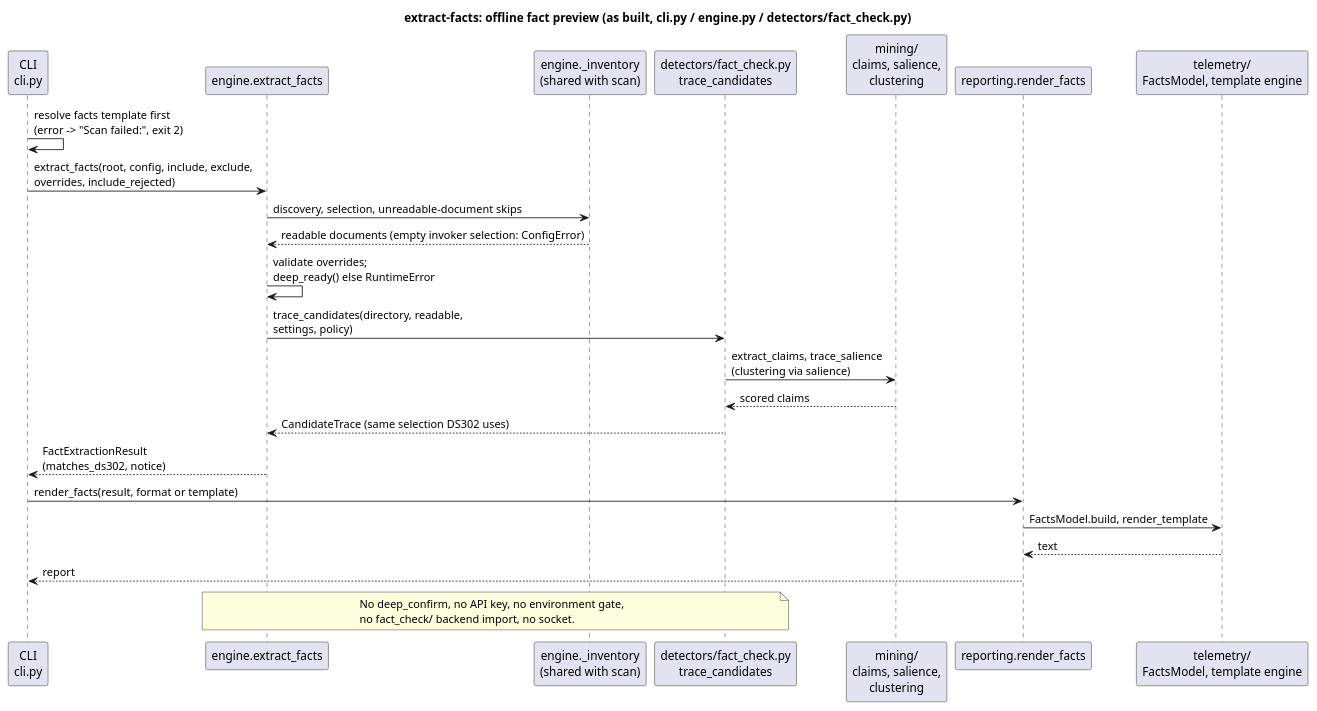
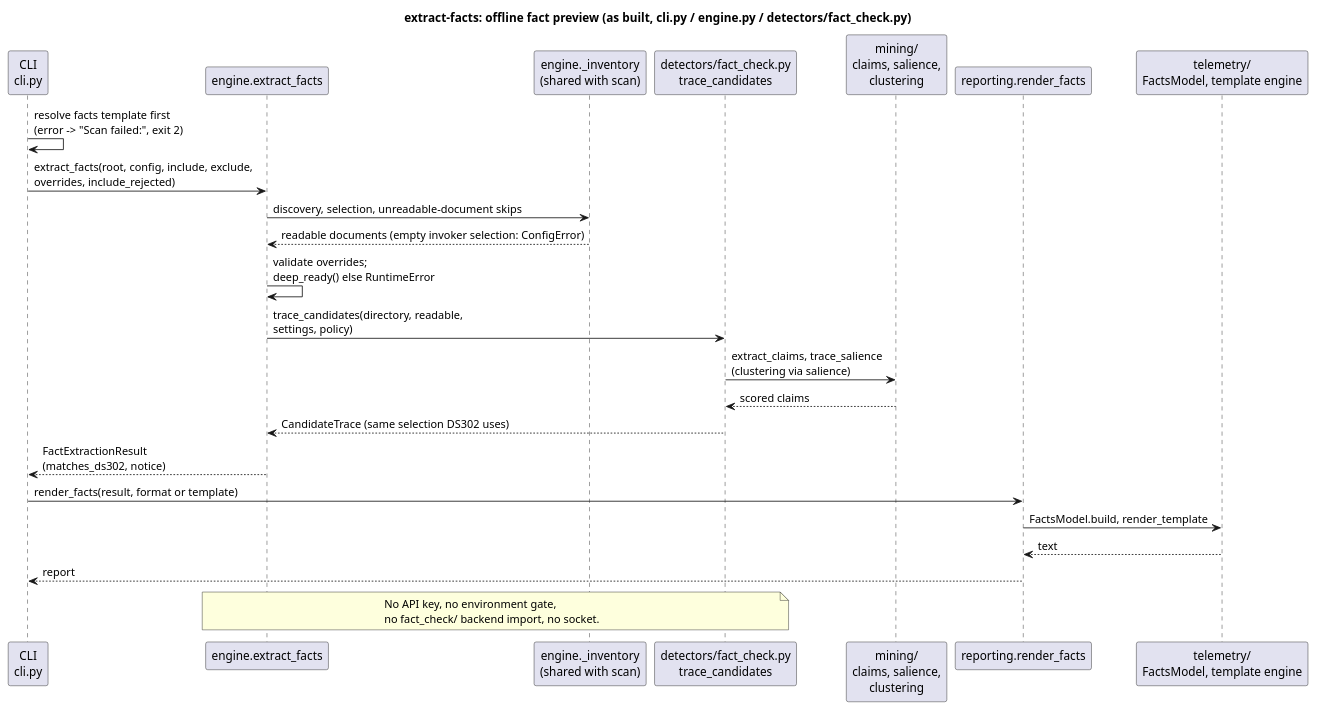
One commit to yuchdev/DocSentinel changed the diagram in docs/diagrams/sequence/extract-facts/extract-facts.puml. Above: the diagram before and after it, drawn with PlantUML. The commit also changed 51 other files, not shown here.

```diff
--- a/docs/diagrams/sequence/extract-facts/extract-facts.puml
+++ b/docs/diagrams/sequence/extract-facts/extract-facts.puml
@@ -1,32 +1,32 @@
 @startuml extract-facts
 title extract-facts: offline fact preview (as built, cli.py / engine.py / detectors/fact_check.py)
 skinparam shadowing false
 skinparam sequenceMessageAlign left
 
 participant "CLI\ncli.py" as cli
 participant "engine.extract_facts" as engine
 participant "engine._inventory\n(shared with scan)" as inv
 participant "detectors/fact_check.py\ntrace_candidates" as ds302
 participant "mining/\nclaims, salience,\nclustering" as mining
 participant "reporting.render_facts" as rep
 participant "telemetry/\nFactsModel, template engine" as tel
 
 cli -> cli : resolve facts template first\n(error -> "Scan failed:", exit 2)
 cli -> engine : extract_facts(root, config, include, exclude,\noverrides, include_rejected)
 engine -> inv : discovery, selection, unreadable-document skips
 inv --> engine : readable documents (empty invoker selection: ConfigError)
 engine -> engine : validate overrides;\ndeep_ready() else RuntimeError
 engine -> ds302 : trace_candidates(directory, readable,\nsettings, policy)
 ds302 -> mining : extract_claims, trace_salience\n(clustering via salience)
 mining --> ds302 : scored claims
 ds302 --> engine : CandidateTrace (same selection DS302 uses)
 engine --> cli : FactExtractionResult\n(matches_ds302, notice)
 cli -> rep : render_facts(result, format or template)
 rep -> tel : FactsModel.build, render_template
 tel --> rep : text
 rep --> cli : report
 note over engine, ds302
-  No deep_confirm, no API key, no environment gate,
+  No API key, no environment gate,
   no fact_check/ backend import, no socket.
 end note
 @enduml
```
